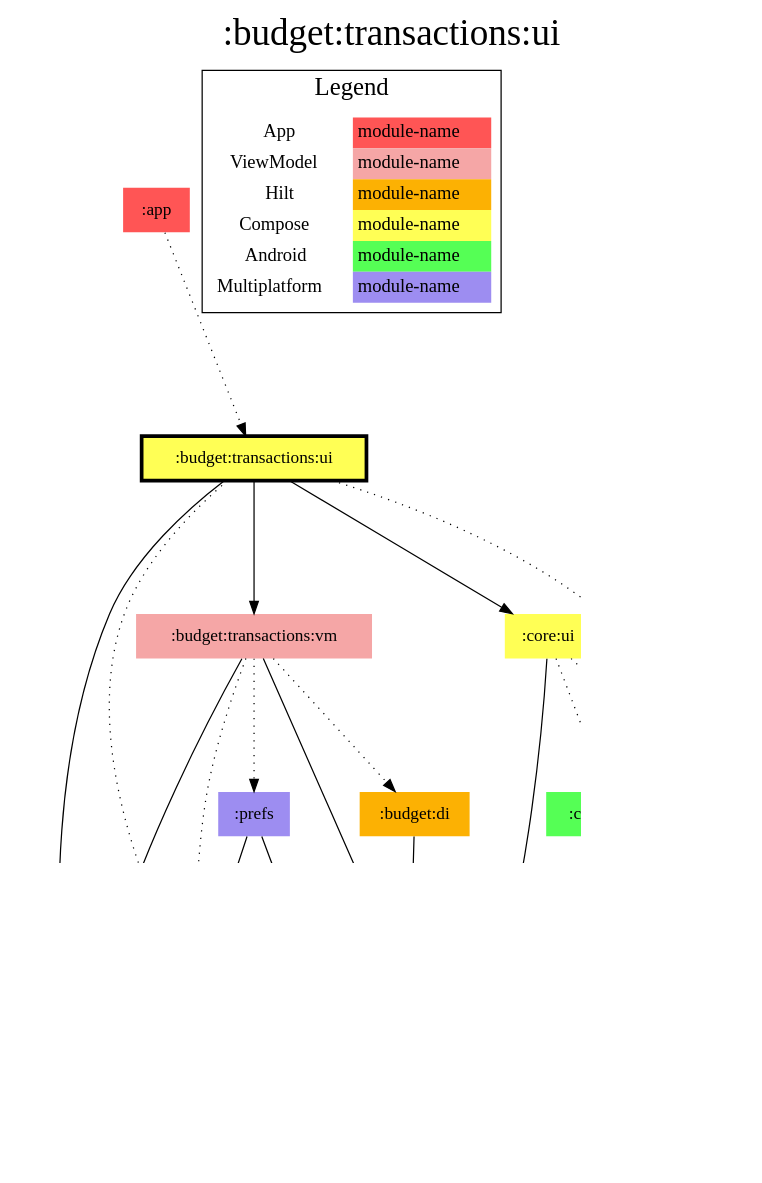
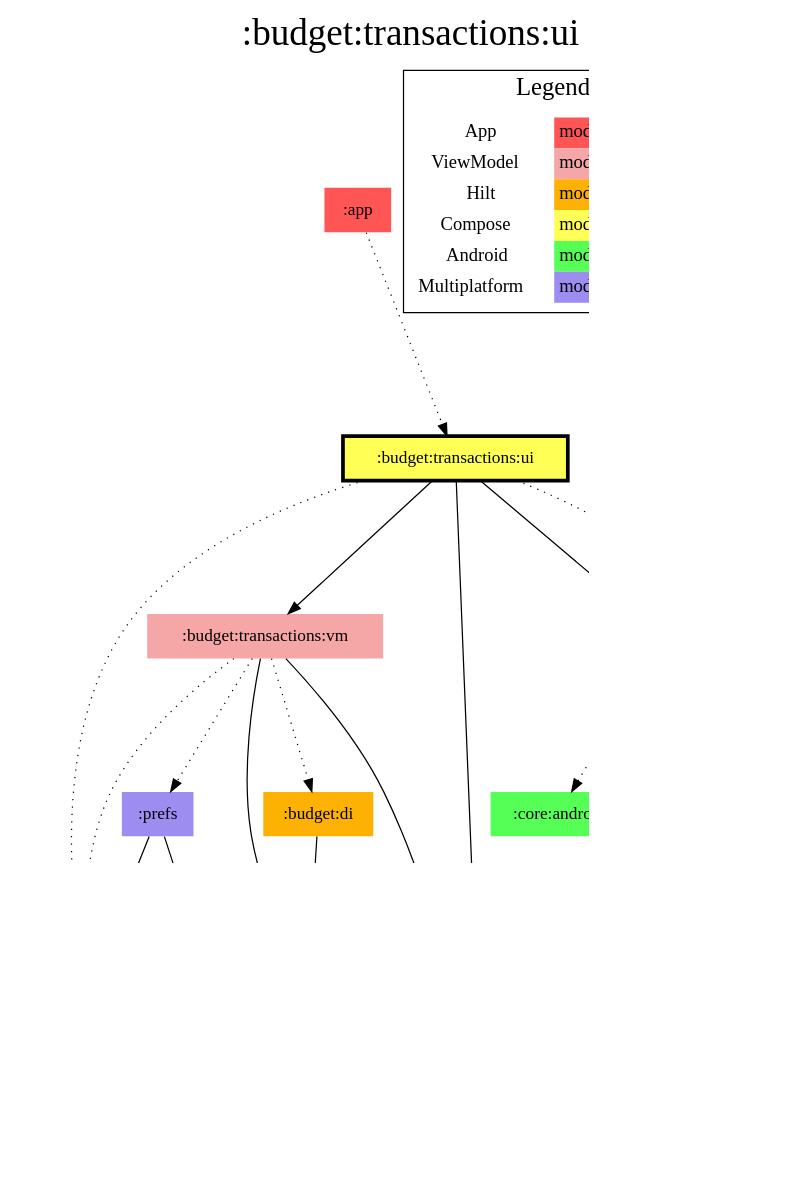
One commit to jonapoul/aktual changed the diagram in modules/budget/transactions/ui/modules.dot. Above: the diagram before and after it, drawn with Graphviz. The commit also changed 34 other files, not shown here.

```diff
--- a/modules/budget/transactions/ui/modules.dot
+++ b/modules/budget/transactions/ui/modules.dot
@@ -1,55 +1,56 @@
 digraph {
 edge ["dir"="forward"]
 graph ["dpi"="100","label"=":budget:transactions:ui","labelloc"="t","fontsize"="30","ranksep"="1.5","rankdir"="TB"]
 node ["style"="filled"]
 ":account:model" ["fillcolor"="#9D8DF1","shape"="none"]
 ":app" ["fillcolor"="#FF5555","shape"="none"]
 ":budget:data" ["fillcolor"="#9D8DF1","shape"="none"]
 ":budget:di" ["fillcolor"="#FCB103","shape"="none"]
 ":budget:model" ["fillcolor"="#9D8DF1","shape"="none"]
 ":budget:transactions:ui" ["fillcolor"="#FFFF55","color"="black","penwidth"="3","shape"="box"]
 ":budget:transactions:vm" ["fillcolor"="#F5A6A6","shape"="none"]
 ":core:android" ["fillcolor"="#55FF55","shape"="none"]
 ":core:model" ["fillcolor"="#9D8DF1","shape"="none"]
 ":core:ui" ["fillcolor"="#FFFF55","shape"="none"]
 ":l10n" ["fillcolor"="#9D8DF1","shape"="none"]
 ":prefs" ["fillcolor"="#9D8DF1","shape"="none"]
 {
 edge ["dir"="none"]
 graph ["rank"="same"]
 ":budget:transactions:ui"
 }
 ":app" -> ":budget:transactions:ui" ["style"="dotted"]
 ":budget:data" -> ":budget:model"
 ":budget:data" -> ":core:model"
 ":budget:di" -> ":budget:data"
 ":budget:transactions:ui" -> ":account:model" ["style"="dotted"]
 ":budget:transactions:ui" -> ":budget:model"
 ":budget:transactions:ui" -> ":budget:transactions:vm"
 ":budget:transactions:ui" -> ":core:ui"
 ":budget:transactions:ui" -> ":l10n" ["style"="dotted"]
 ":budget:transactions:vm" -> ":account:model" ["style"="dotted"]
 ":budget:transactions:vm" -> ":budget:data"
 ":budget:transactions:vm" -> ":budget:di" ["style"="dotted"]
 ":budget:transactions:vm" -> ":budget:model"
 ":budget:transactions:vm" -> ":prefs" ["style"="dotted"]
+":core:ui" -> ":budget:model"
 ":core:ui" -> ":core:android" ["style"="dotted"]
 ":core:ui" -> ":core:model"
 ":core:ui" -> ":l10n" ["style"="dotted"]
 ":prefs" -> ":account:model"
 ":prefs" -> ":core:model"
 subgraph "cluster_legend" {
 edge ["dir"="none"]
 graph ["label"="Legend","fontsize"="20"]
 "Legend" ["style"="filled","fillcolor"="#FFFFFF","shape"="none","margin"="0","fontsize"="15","label"=<
 <TABLE BORDER="0" CELLBORDER="0" CELLSPACING="0" CELLPADDING="4">
 <TR><TD>App</TD><TD BGCOLOR="#FF5555">module-name</TD></TR>
 <TR><TD>ViewModel</TD><TD BGCOLOR="#F5A6A6">module-name</TD></TR>
 <TR><TD>Hilt</TD><TD BGCOLOR="#FCB103">module-name</TD></TR>
 <TR><TD>Compose</TD><TD BGCOLOR="#FFFF55">module-name</TD></TR>
 <TR><TD>Android</TD><TD BGCOLOR="#55FF55">module-name</TD></TR>
 <TR><TD>Multiplatform</TD><TD BGCOLOR="#9D8DF1">module-name</TD></TR>
 </TABLE>
 >]
 } -> ":budget:transactions:ui" ["style"="invis"]
 }
```
